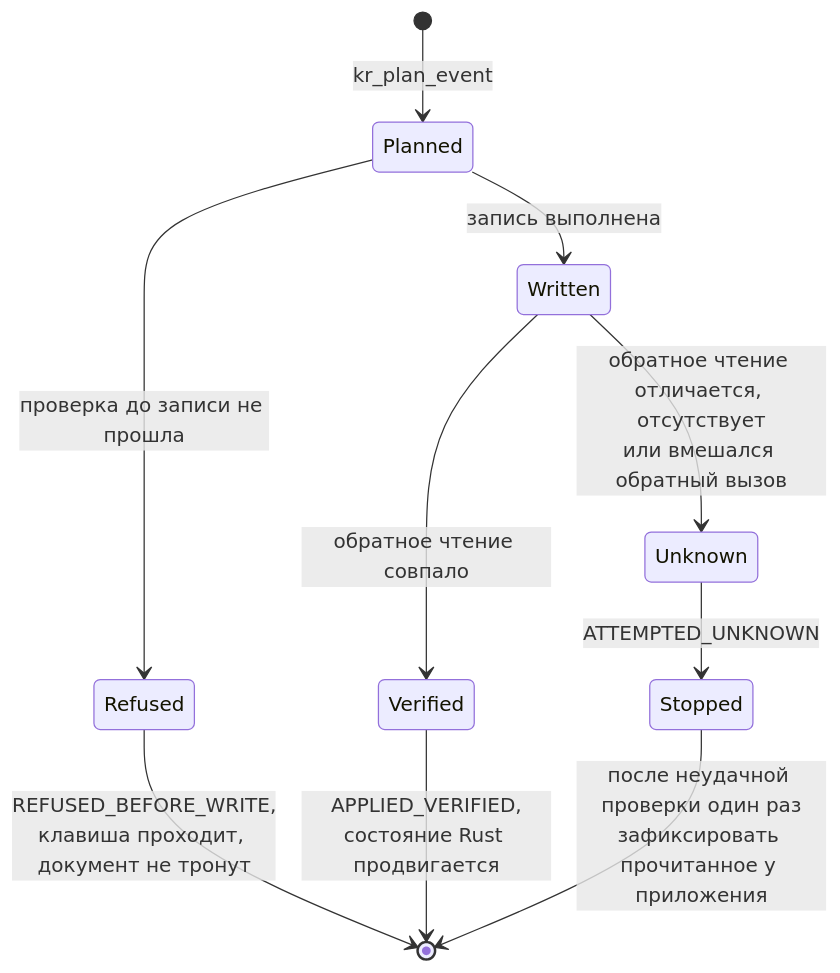
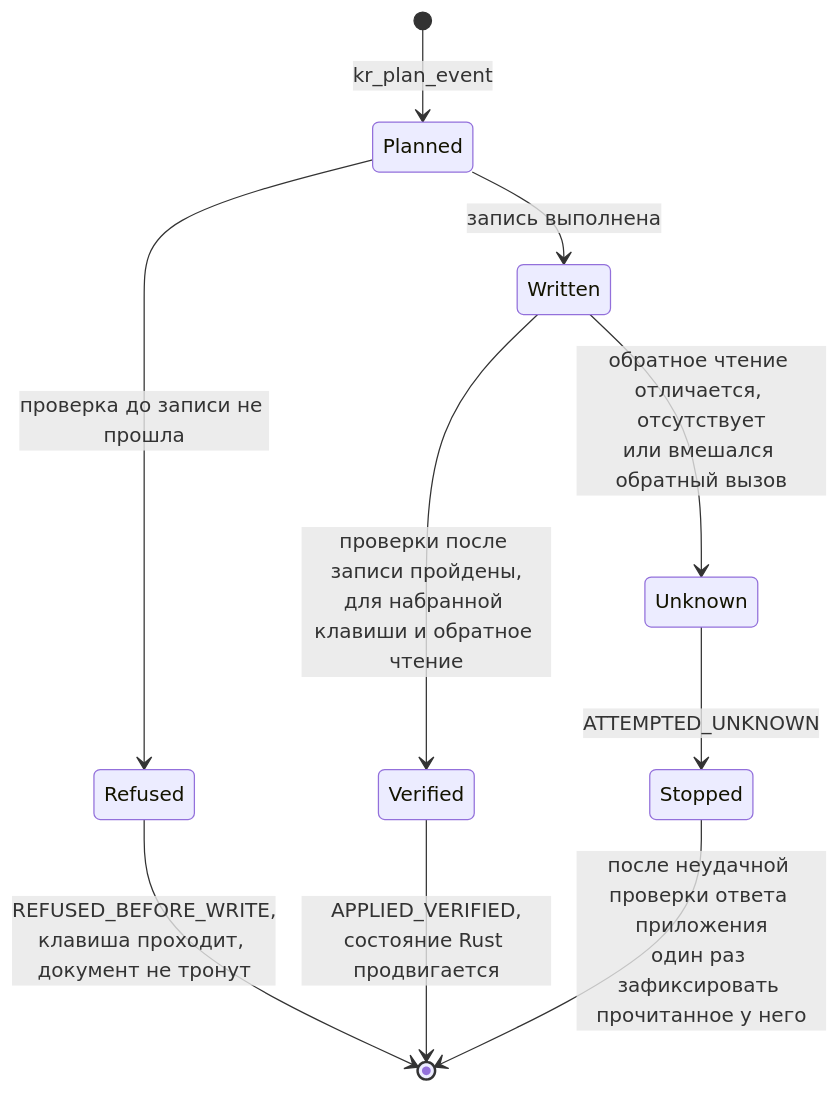
The fourth of 5 diagrams in docs/how-it-works.ru.md (megabyde/keyrill), drawn with Mermaid before and after one commit. The commit also changed other lines of this file and 11 other files, not shown here.

First line of the commit message:
docs: edit contract, invariant evidence map and diagram status (#15)

````diff
--- a/docs/how-it-works.ru.md
+++ b/docs/how-it-works.ru.md
@@ -224,12 +225,12 @@
 ```mermaid
 stateDiagram-v2
     [*] --> Planned: kr_plan_event
     Planned --> Refused: проверка до записи не прошла
     Planned --> Written: запись выполнена
-    Written --> Verified: обратное чтение совпало
+    Written --> Verified: проверки после записи пройдены,<br/>для набранной клавиши и обратное чтение
     Written --> Unknown: обратное чтение отличается, отсутствует<br/>или вмешался обратный вызов
     Refused --> [*]: REFUSED_BEFORE_WRITE,<br/>клавиша проходит, документ не тронут
     Verified --> [*]: APPLIED_VERIFIED,<br/>состояние Rust продвигается
     Unknown --> Stopped: ATTEMPTED_UNKNOWN
-    Stopped --> [*]: после неудачной проверки один раз<br/>зафиксировать прочитанное у приложения
+    Stopped --> [*]: после неудачной проверки ответа приложения<br/>один раз зафиксировать прочитанное у него
 ```
````
